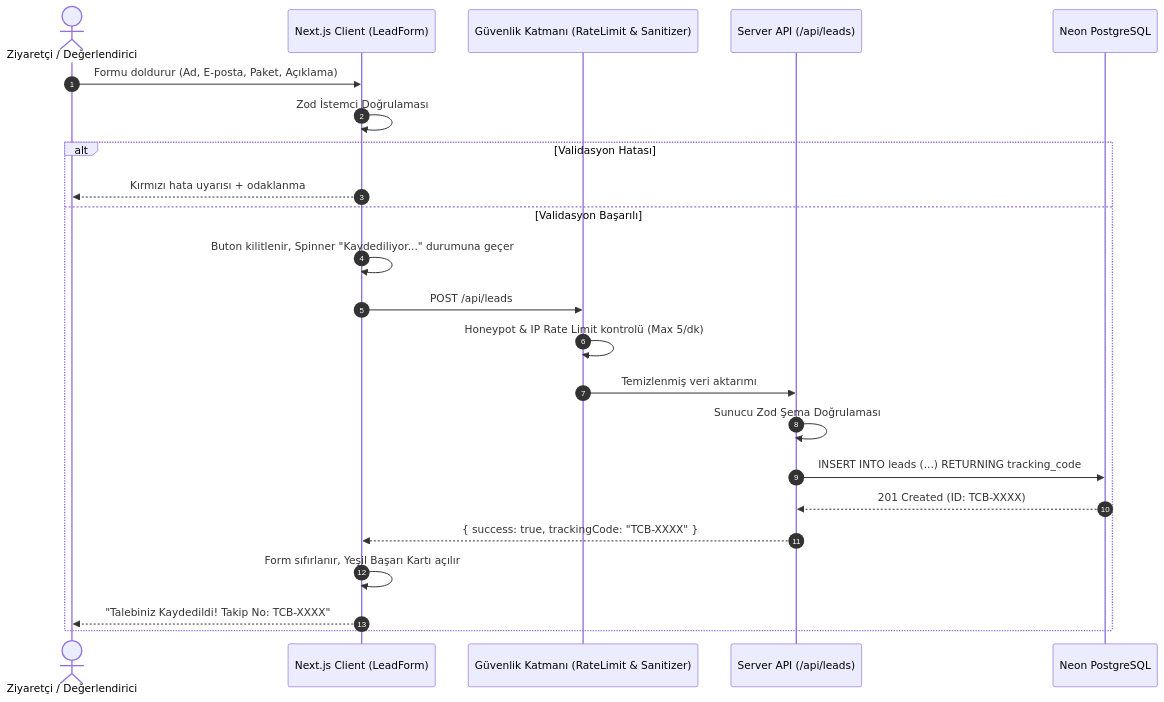
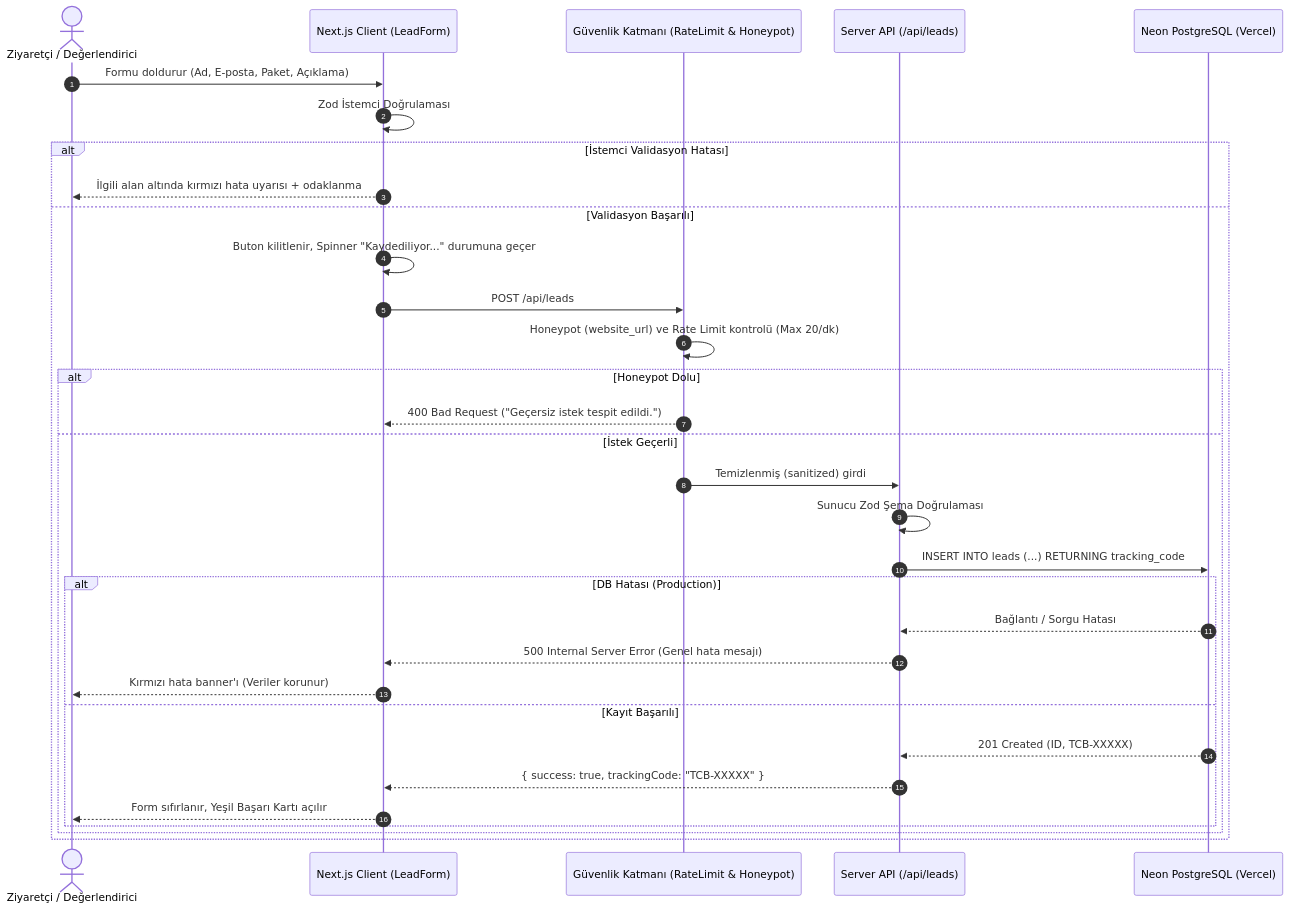
The diagram in README.md (osmnmlh/entoksis-tek-cati-bt), drawn with Mermaid before and after one commit. The commit also changed other lines of this file and 1 other file, not shown here.

Commit message:
docs: update README with architectural decisions, past projects and refined AI_LOG

````diff
--- a/README.md
+++ b/README.md
@@ -86,26 +108,35 @@
 ```mermaid
 sequenceDiagram
     autonumber
     actor User as Ziyaretçi / Değerlendirici
     participant UI as Next.js Client (LeadForm)
-    participant Sec as Güvenlik Katmanı (RateLimit & Sanitizer)
+    participant Sec as Güvenlik Katmanı (RateLimit & Honeypot)
     participant API as Server API (/api/leads)
-    participant DB as Neon PostgreSQL
+    participant DB as Neon PostgreSQL (Vercel)
 
     User->>UI: Formu doldurur (Ad, E-posta, Paket, Açıklama)
     UI->>UI: Zod İstemci Doğrulaması
-    alt Validasyon Hatası
-        UI-->>User: Kırmızı hata uyarısı + odaklanma
+    alt İstemci Validasyon Hatası
+        UI-->>User: İlgili alan altında kırmızı hata uyarısı + odaklanma
     else Validasyon Başarılı
         UI->>UI: Buton kilitlenir, Spinner "Kaydediliyor..." durumuna geçer
         UI->>Sec: POST /api/leads
-        Sec->>Sec: Honeypot & IP Rate Limit kontrolü (Max 5/dk)
-        Sec->>API: Temizlenmiş veri aktarımı
-        API->>API: Sunucu Zod Şema Doğrulaması
-        API->>DB: INSERT INTO leads (...) RETURNING tracking_code
-        DB-->>API: 201 Created (ID: TCB-XXXX)
-        API-->>UI: { success: true, trackingCode: "TCB-XXXX" }
-        UI->>UI: Form sıfırlanır, Yeşil Başarı Kartı açılır
-        UI-->>User: "Talebiniz Kaydedildi! Takip No: TCB-XXXX"
+        Sec->>Sec: Honeypot (website_url) ve Rate Limit kontrolü (Max 20/dk)
+        alt Honeypot Dolu
+            Sec-->>UI: 400 Bad Request ("Geçersiz istek tespit edildi.")
+        else İstek Geçerli
+            Sec->>API: Temizlenmiş (sanitized) girdi
+            API->>API: Sunucu Zod Şema Doğrulaması
+            API->>DB: INSERT INTO leads (...) RETURNING tracking_code
+            alt DB Hatası (Production)
+                DB-->>API: Bağlantı / Sorgu Hatası
+                API-->>UI: 500 Internal Server Error (Genel hata mesajı)
+                UI-->>User: Kırmızı hata banner'ı (Veriler korunur)
+            else Kayıt Başarılı
+                DB-->>API: 201 Created (ID, TCB-XXXXX)
+                API-->>UI: { success: true, trackingCode: "TCB-XXXXX" }
+                UI-->>User: Form sıfırlanır, Yeşil Başarı Kartı açılır
+            end
+        end
     end
 ```
````
